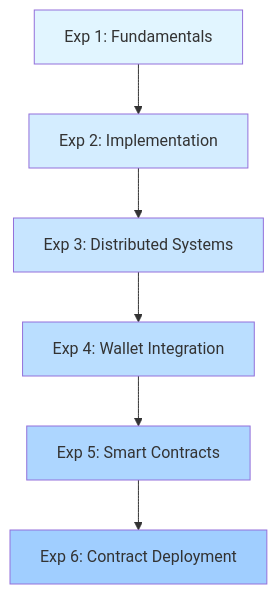
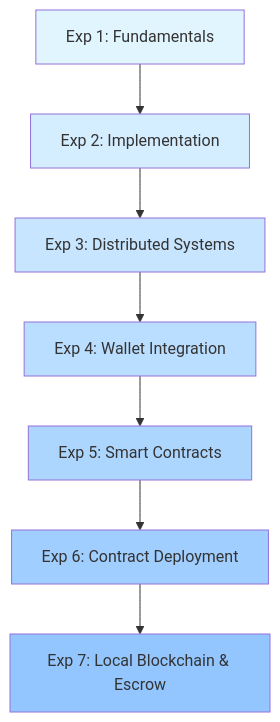
The diagram in README.md (AtharvaLotankar11/Blockchain_Experiments_Atharva_Lotankar_20), drawn with Mermaid before and after one commit. The commit also changed other lines of this file, not shown here.

````diff
--- a/README.md
+++ b/README.md
@@ -215,15 +246,17 @@
 ```mermaid
 graph TD
     A[Exp 1: Fundamentals] --> B[Exp 2: Implementation]
     B --> C[Exp 3: Distributed Systems]
     C --> D[Exp 4: Wallet Integration]
     D --> E[Exp 5: Smart Contracts]
     E --> F[Exp 6: Contract Deployment]
+    F --> G[Exp 7: Local Blockchain & Escrow]
 
     style A fill:#e1f5ff
     style B fill:#d4edff
     style C fill:#c7e5ff
     style D fill:#badeff
     style E fill:#add6ff
     style F fill:#a0ceff
+    style G fill:#93c6ff
 ```
````
